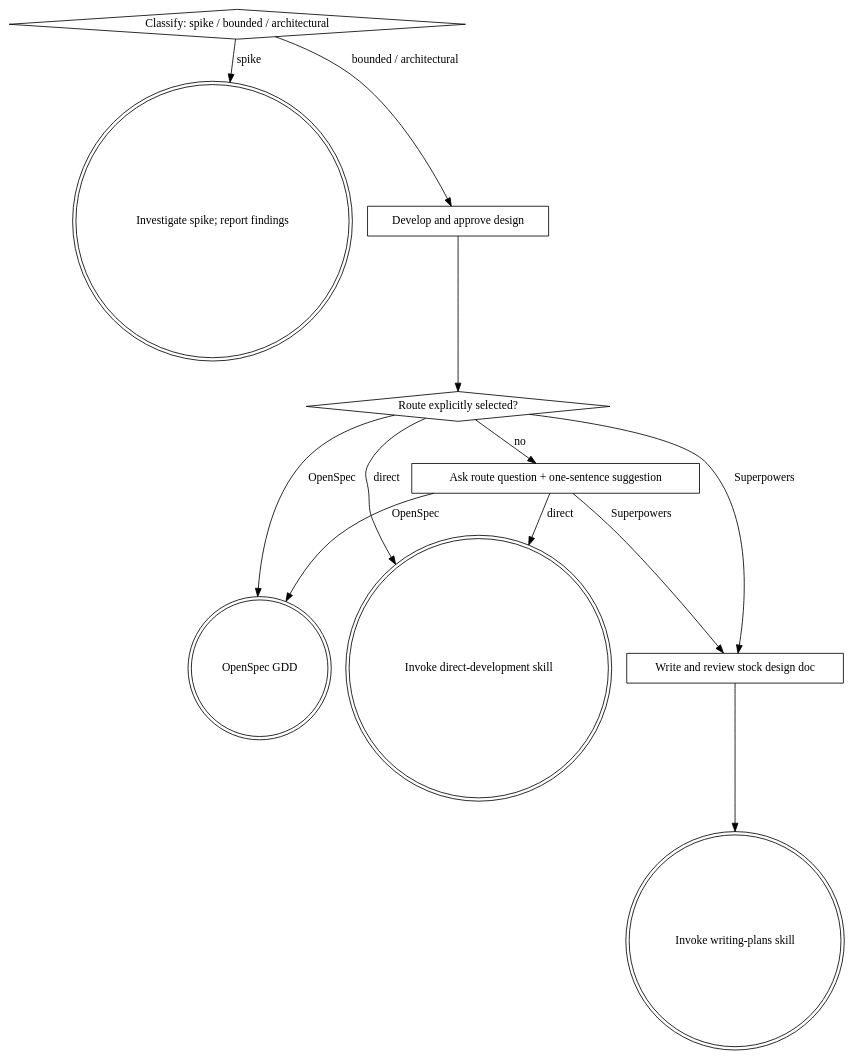
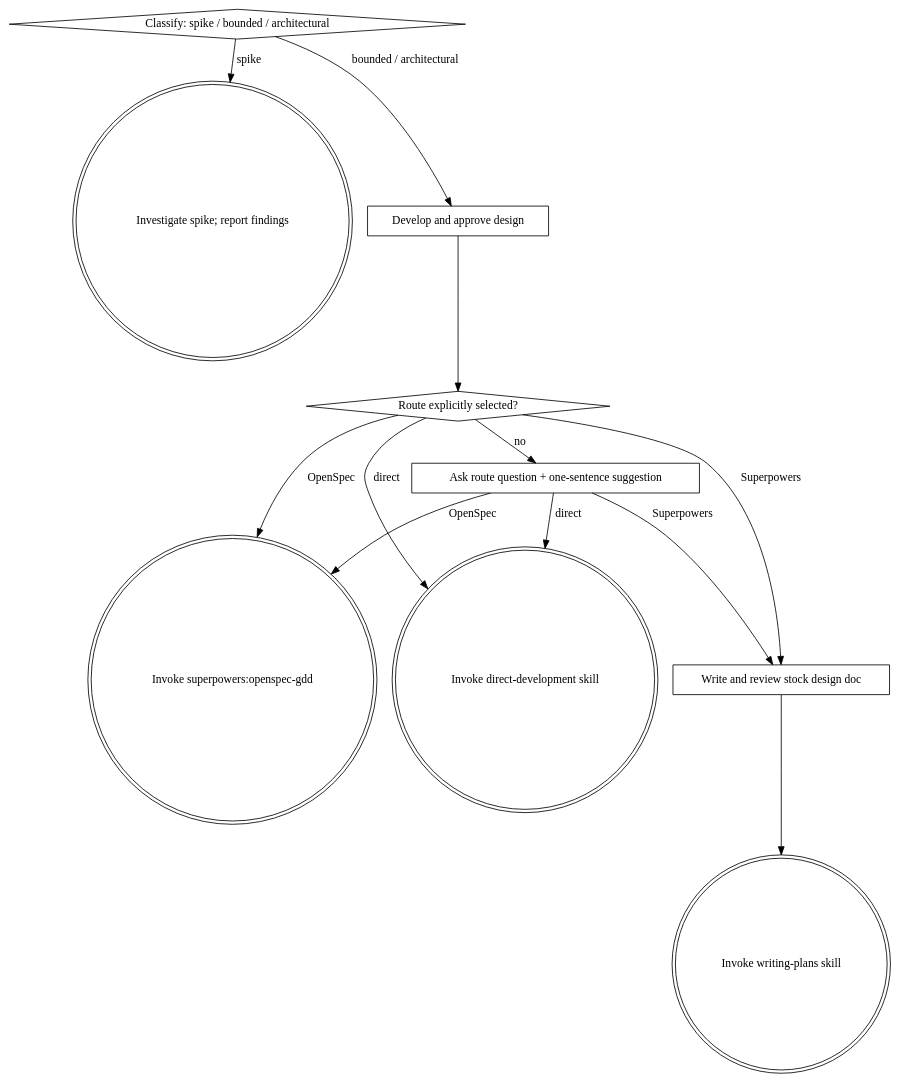
The diagram in skills/brainstorming/SKILL.md (bmurgic/superpowers), drawn with Graphviz before and after one commit. The commit also changed other lines of this file and 4 other files, not shown here.

Commit message:
feat: route OpenSpec GDD through readiness guards

````diff
--- a/skills/brainstorming/SKILL.md
+++ b/skills/brainstorming/SKILL.md
@@ -153,25 +154,25 @@
 ```dot
 digraph brainstorming {
     "Classify: spike / bounded / architectural" [shape=diamond];
     "Investigate spike; report findings" [shape=doublecircle];
     "Develop and approve design" [shape=box];
     "Route explicitly selected?" [shape=diamond];
     "Ask route question + one-sentence suggestion" [shape=box];
-    "OpenSpec GDD" [shape=doublecircle];
+    "Invoke superpowers:openspec-gdd" [shape=doublecircle];
     "Write and review stock design doc" [shape=box];
     "Invoke writing-plans skill" [shape=doublecircle];
     "Invoke direct-development skill" [shape=doublecircle];
 
     "Classify: spike / bounded / architectural" -> "Investigate spike; report findings" [label="spike"];
     "Classify: spike / bounded / architectural" -> "Develop and approve design" [label="bounded / architectural"];
     "Develop and approve design" -> "Route explicitly selected?";
     "Route explicitly selected?" -> "Ask route question + one-sentence suggestion" [label="no"];
-    "Route explicitly selected?" -> "OpenSpec GDD" [label="OpenSpec"];
+    "Route explicitly selected?" -> "Invoke superpowers:openspec-gdd" [label="OpenSpec"];
     "Route explicitly selected?" -> "Write and review stock design doc" [label="Superpowers"];
     "Route explicitly selected?" -> "Invoke direct-development skill" [label="direct"];
-    "Ask route question + one-sentence suggestion" -> "OpenSpec GDD" [label="OpenSpec"];
+    "Ask route question + one-sentence suggestion" -> "Invoke superpowers:openspec-gdd" [label="OpenSpec"];
     "Ask route question + one-sentence suggestion" -> "Write and review stock design doc" [label="Superpowers"];
     "Ask route question + one-sentence suggestion" -> "Invoke direct-development skill" [label="direct"];
     "Write and review stock design doc" -> "Invoke writing-plans skill";
 }
 ```
````
